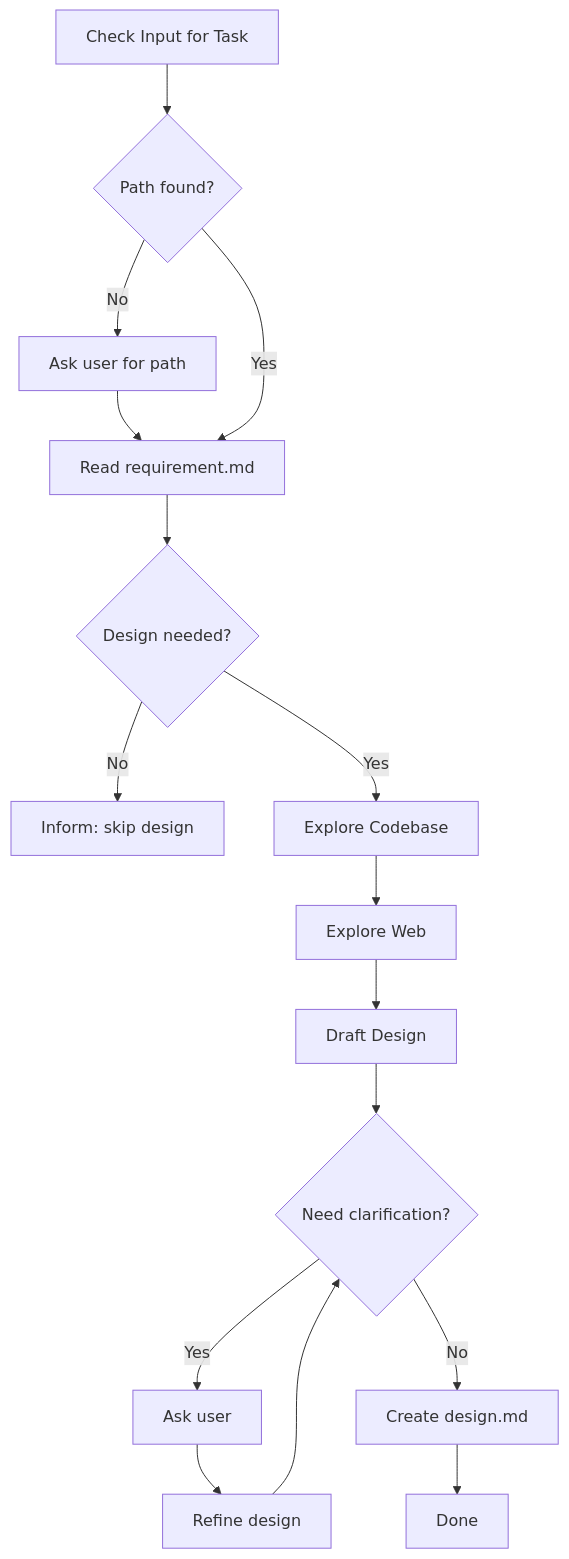
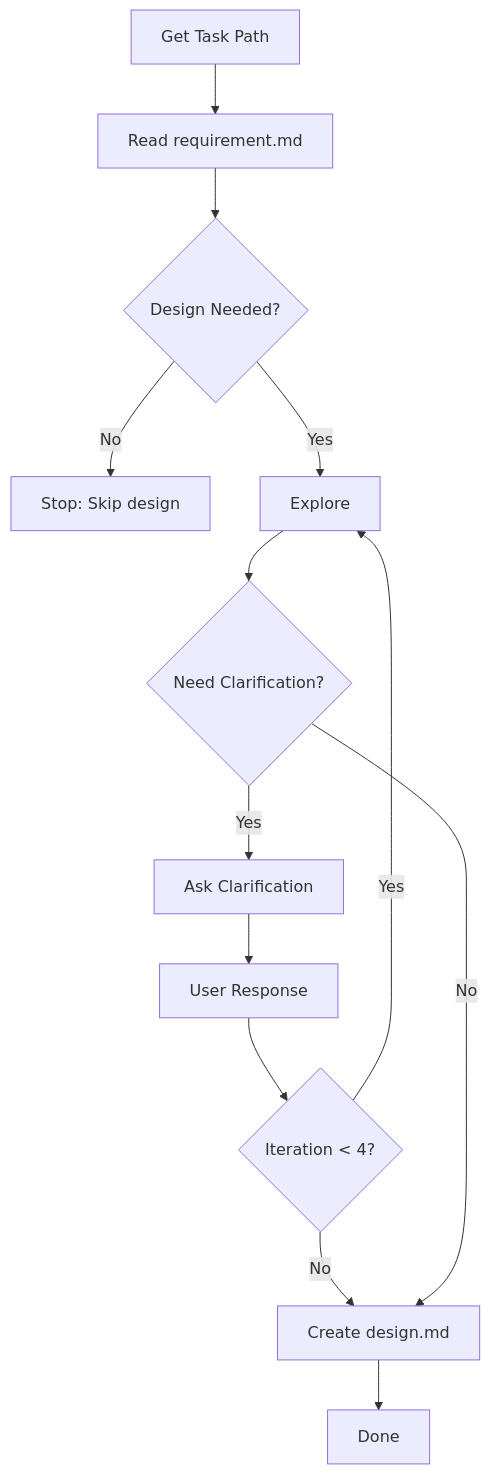
One commit to itsnamor/flower changed the diagram in skills/flower-design/SKILL.md. Above: the diagram before and after it, drawn with Mermaid. The commit also changed other lines of this file and 1 other file, not shown here.

First line of the commit message:
docs(flower-design): restructure skill with clearer workflow

````diff
--- a/skills/flower-design/SKILL.md
+++ b/skills/flower-design/SKILL.md
@@ -40,22 +32,17 @@
 ```mermaid
 flowchart TD
-    A[Check Input for Task] --> B{Path found?}
-    B -->|No| C[Ask user for path]
-    C --> D[Read requirement.md]
-    B -->|Yes| D
+    A[Get Task Path] --> B[Read requirement.md]
+    B --> C{Design Needed?}
+    C -->|No| D[Stop: Skip design]
+    C -->|Yes| E[Explore]
 
-    D --> E{Design needed?}
-    E -->|No| F[Inform: skip design]
-    E -->|Yes| G[Explore Codebase]
+    E --> F{Need Clarification?}
+    F -->|Yes| G[Ask Clarification]
+    G --> H[User Response]
+    H --> I{Iteration < 4?}
+    I -->|Yes| E
+    I -->|No| J[Create design.md]
 
-    G --> H[Explore Web]
-    H --> I[Draft Design]
-    I --> J{Need clarification?}
-
-    J -->|Yes| K[Ask user]
-    K --> L[Refine design]
-    L --> J
-
-    J -->|No| M[Create design.md]
-    M --> N[Done]
+    F -->|No| J
+    J --> K[Done]
 ```
````
